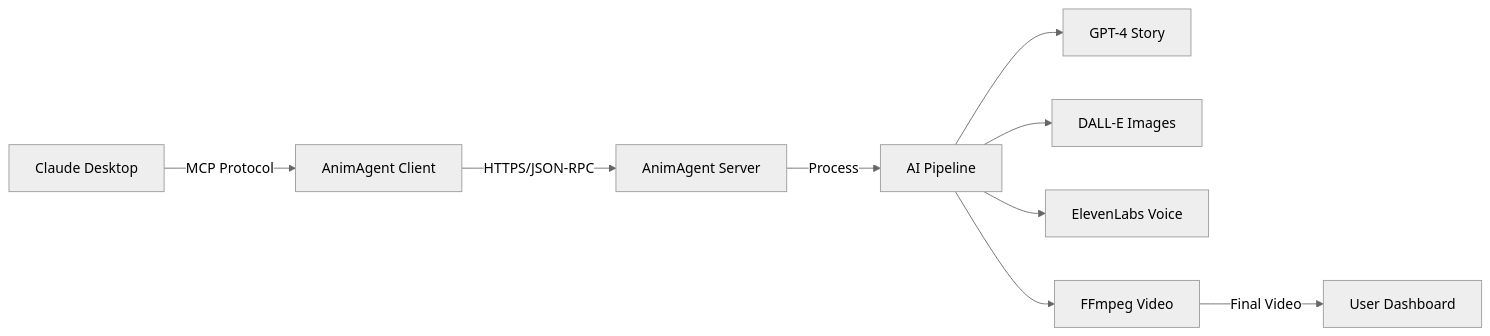
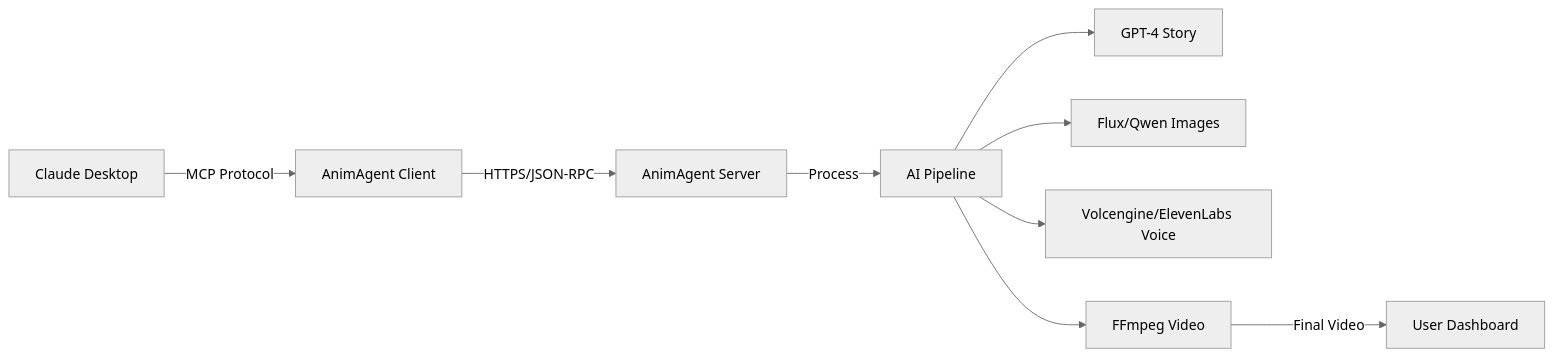
Before and after one commit to preangelleo/animagent-mcp-client: the diagram in README.md, drawn with Mermaid (neutral theme). The commit also changed 1 other file, not shown here.

Commit message:
fix: Correct AI technology stack in architecture diagram
- Replace DALL-E with Flux/Qwen for image generation
- Update voice services to Volcengine (Chinese) and ElevenLabs (other languages)
- Accurately reflect the actual technology used in production

````diff
--- a/README.md
+++ b/README.md
@@ -255,11 +255,11 @@
 ```mermaid
 graph LR
     A[Claude Desktop] -->|MCP Protocol| B[AnimAgent Client]
     B -->|HTTPS/JSON-RPC| C[AnimAgent Server]
     C -->|Process| D[AI Pipeline]
     D --> E[GPT-4 Story]
-    D --> F[DALL-E Images]
-    D --> G[ElevenLabs Voice]
+    D --> F[Flux/Qwen Images]
+    D --> G[Volcengine/ElevenLabs Voice]
     D --> H[FFmpeg Video]
     H -->|Final Video| I[User Dashboard]
 ```
````
